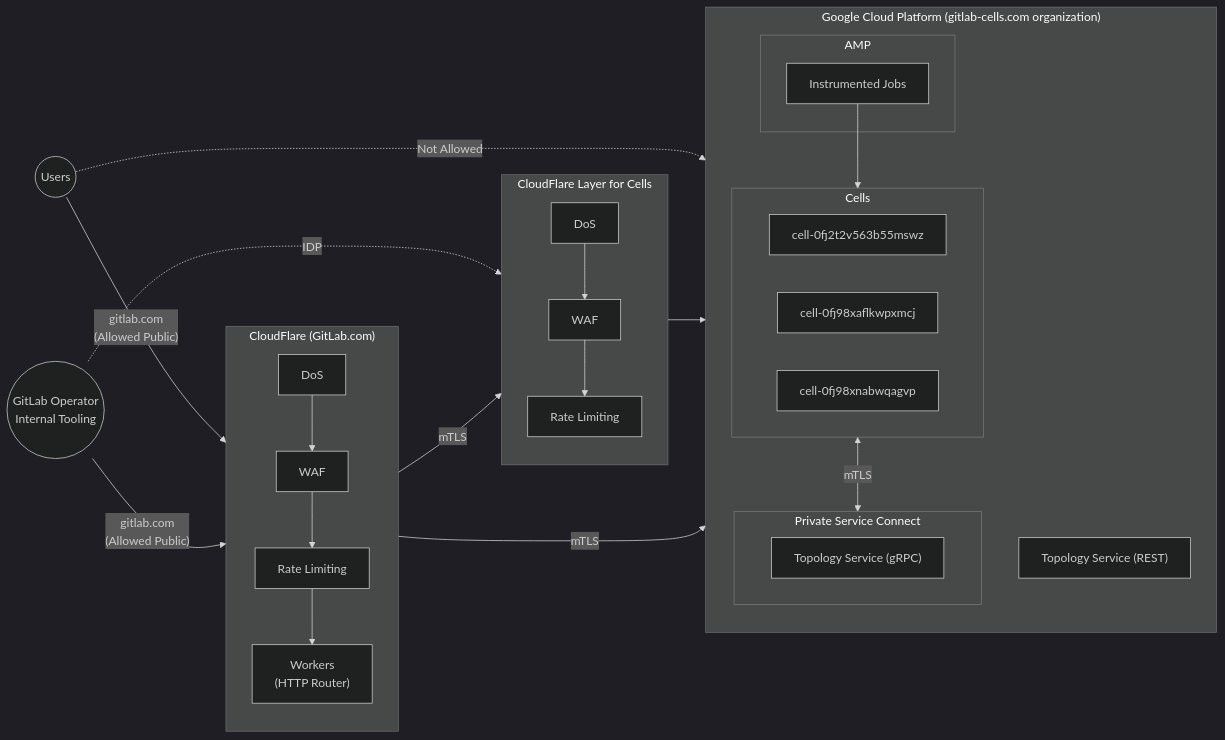
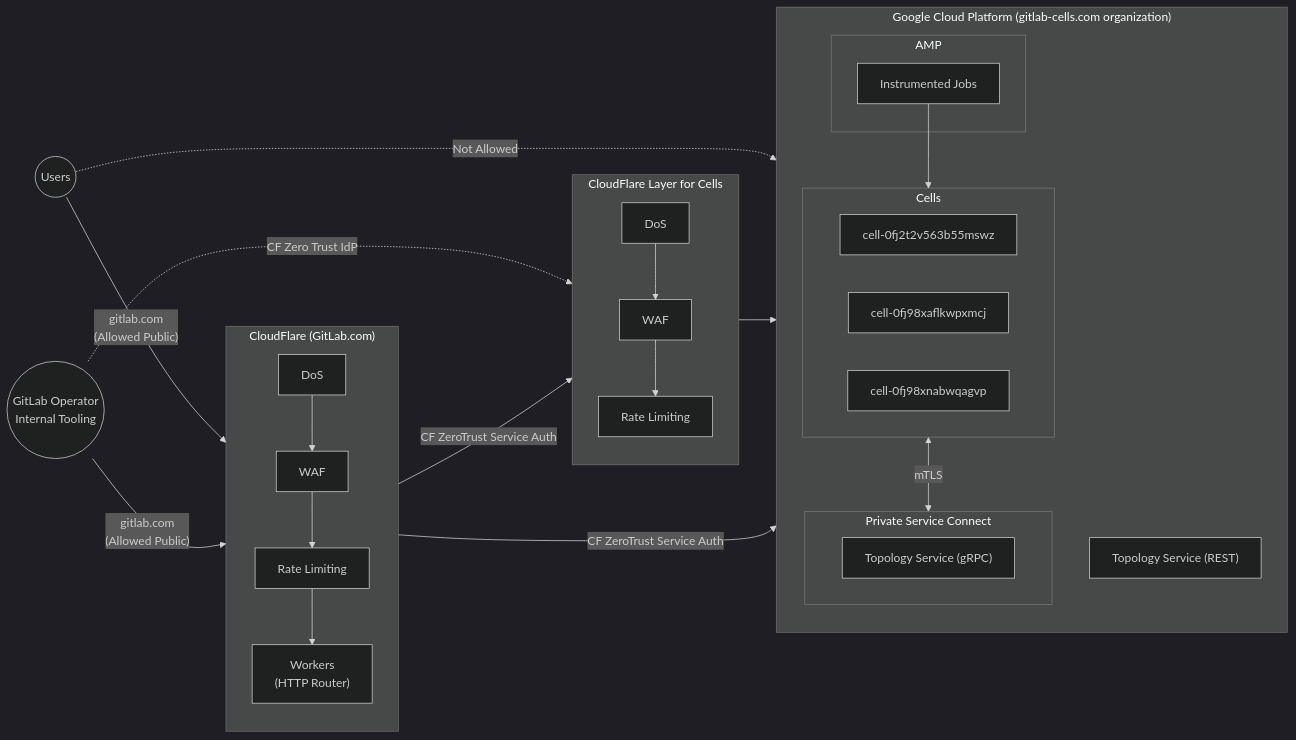
One commit to zalyoung/gitlab-handbook changed the diagram in content/handbook/engineering/architecture/design-documents/cells/infrastructure/networking.md. Above: the diagram before and after it, drawn with Mermaid (dark theme). The commit also changed other lines of this file, not shown here.

Commit message:
update networking doc in accordance to the CloudFlare Zero Trust PoC

````diff
--- a/content/handbook/engineering/architecture/design-documents/cells/infrastructure/networking.md
+++ b/content/handbook/engineering/architecture/design-documents/cells/infrastructure/networking.md
@@ -34,70 +34,74 @@
 ```mermaid
 flowchart LR
     %% Define main entities
     Users((Users))
     GitLabOps(("GitLab Operator\nInternal Tooling"))
 
     %% CloudFlare section with components in vertical flow
     subgraph CloudFlare["CloudFlare (GitLab.com)"]
         direction TB
         DoS["DoS"]
         WAF["WAF"]
         RateLimiting["Rate Limiting"]
         Workers["Workers\n(HTTP Router)"]
 
         DoS --> WAF --> RateLimiting --> Workers
     end
 
     %% Google Cloud Platform section
     subgraph GCP["Google Cloud Platform (gitlab-cells.com organization)"]
         direction TB
         subgraph AMPSection["AMP"]
             Jobs["Instrumented Jobs"]
         end
 
         %% Cells in a horizontal line
         subgraph Cells
             direction LR
             Cell1["cell-0fj2t2v563b55mswz"]
             Cell2["cell-0fj98xaflkwpxmcj"]
             Cell3["cell-0fj98xnabwqagvp"]
         end
 
         subgraph PSCSection["Private Service Connect"]
             TopologyGRPC["Topology Service (gRPC)"]
         end
 
         TopologyREST["Topology Service (REST)"]
 
         %% Connect Jobs to cells more cleanly
         Jobs --> Cells
     end
 
-    %% Connect users and operators to CloudFlare
-    Users -->|"gitlab.com\n(Allowed Public)"| CloudFlare
-    GitLabOps -->|"gitlab.com\n(Allowed Public)"| CloudFlare
-
-    %% Direct IDP connection from GitLab Operator to a cell via CloudFlare layer
-    GitLabOps -.->|"IDP"| CellCloudFlare
-
     %% Add CloudFlare layer for cell communication
     subgraph CellCloudFlare["CloudFlare Layer for Cells"]
         direction TB
         CellDoS["DoS"]
         CellWAF["WAF"]
         CellRateLimiting["Rate Limiting"]
 
         CellDoS --> CellWAF --> CellRateLimiting
     end
 
+    %% Connect users and operators to CloudFlare
+    Users -->|"gitlab.com\n(Allowed Public)"| CloudFlare
+    GitLabOps -->|"gitlab.com\n(Allowed Public)"| CloudFlare
+
+    %% Direct IDP connection from GitLab Operator to a cell via CloudFlare layer
+    GitLabOps -.->|"CF Zero Trust IdP"| CellCloudFlare
+
     %% Connect workers to CloudFlare layer for cells, then to cells
-    Workers -->|"mTLS"| CellCloudFlare
+    Workers -->|"CF ZeroTrust Service Auth"| CellCloudFlare
     CellCloudFlare --> Cells
-    Workers -->|"mTLS"| TopologyREST
+
+    %% Connect workers to topology
+    Workers -->|"CF ZeroTrust Service Auth"| TopologyREST
 
     %% Connect cells to Private Service Connect with mTLS
     Cells <-->|"mTLS"| PSCSection
 
     %% Not allowed connection
     Users -.->|"Not Allowed"| Cell1
+
+    %% No styling for cells
 ```
````
